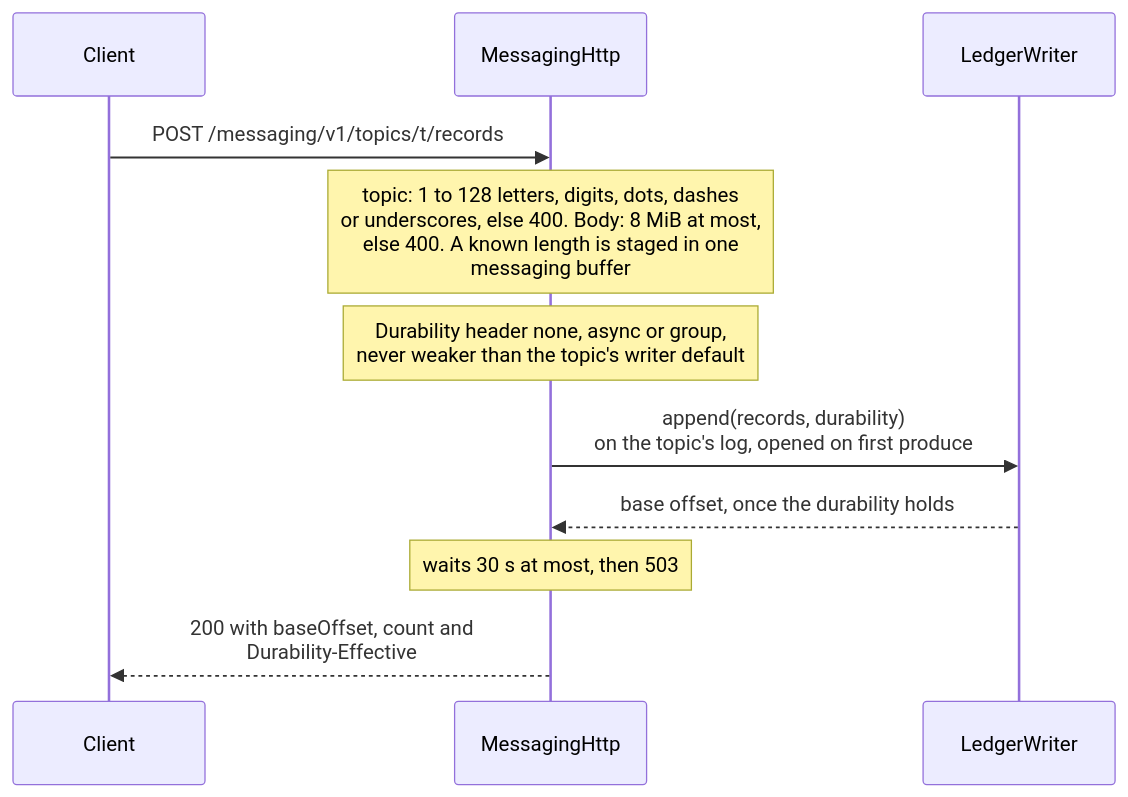
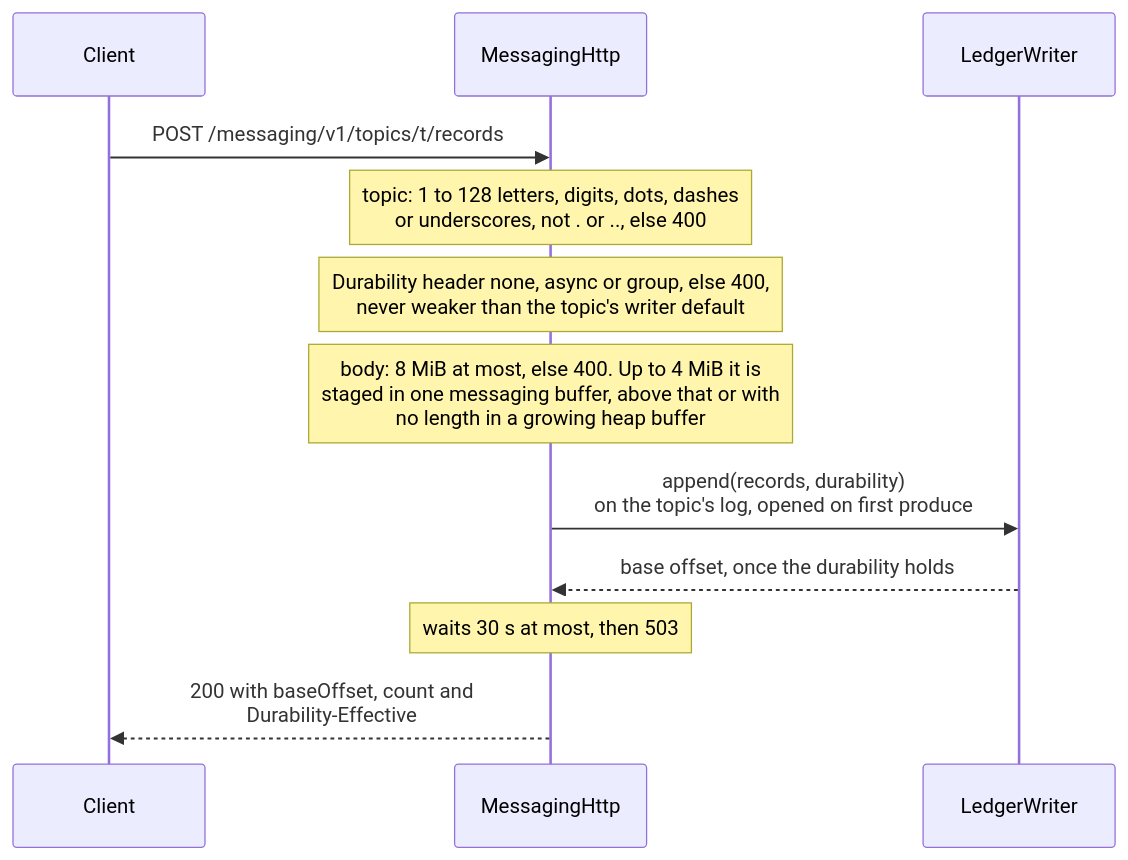
One commit to BlivionIaG/sjws_nettask changed the first of 3 diagrams in docs/design/partition-log.md. Above: the diagram before and after it, drawn with Mermaid. The commit also changed other lines of this file and 19 other files, not shown here.

First line of the commit message:
docs: fix the diagrams the fact-check found imprecise

````diff
--- a/docs/design/partition-log.md
+++ b/docs/design/partition-log.md
@@ -47,14 +49,15 @@
 ```mermaid
 sequenceDiagram
     participant C as Client
     participant H as MessagingHttp
     participant W as LedgerWriter
 
     C->>H: POST /messaging/v1/topics/t/records
-    Note over H: topic: 1 to 128 letters, digits, dots, dashes<br/>or underscores, else 400. Body: 8 MiB at most,<br/>else 400. A known length is staged in one<br/>messaging buffer
-    Note over H: Durability header none, async or group,<br/>never weaker than the topic's writer default
+    Note over H: topic: 1 to 128 letters, digits, dots, dashes<br/>or underscores, not . or .., else 400
+    Note over H: Durability header none, async or group, else 400,<br/>never weaker than the topic's writer default
+    Note over H: body: 8 MiB at most, else 400. Up to 4 MiB it is<br/>staged in one messaging buffer, above that or with<br/>no length in a growing heap buffer
     H->>W: append(records, durability)<br/>on the topic's log, opened on first produce
     W-->>H: base offset, once the durability holds
     Note over H: waits 30 s at most, then 503
     H-->>C: 200 with baseOffset, count and<br/>Durability-Effective
 ```
````
